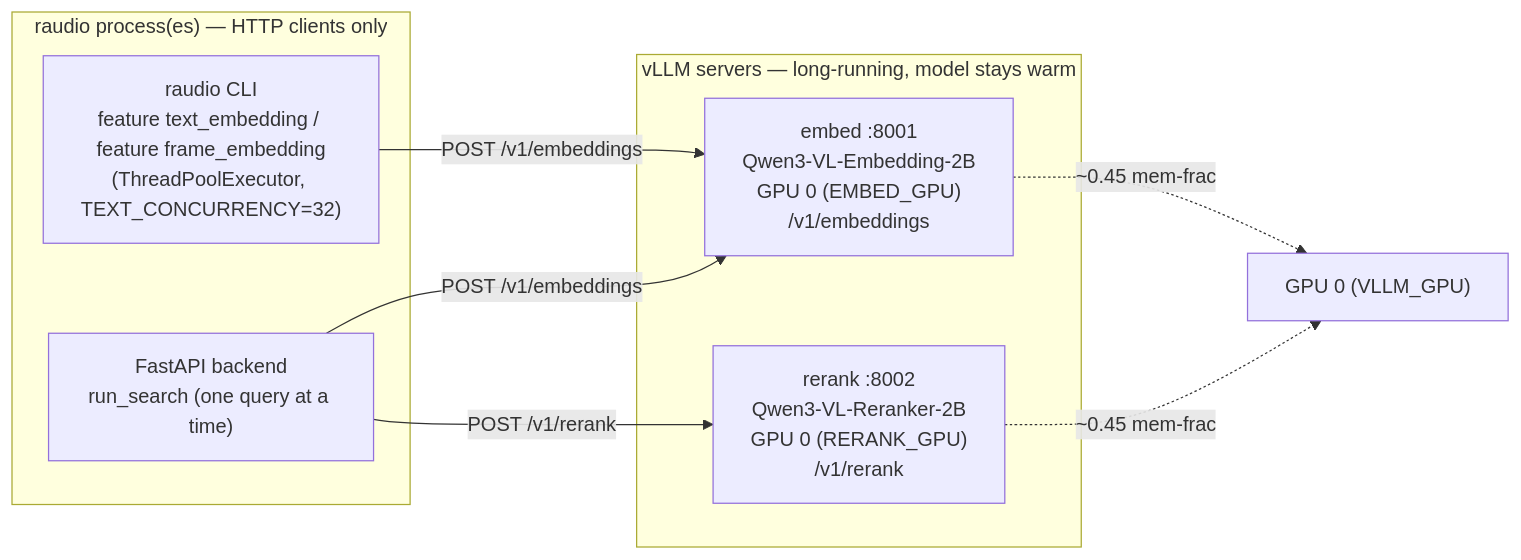
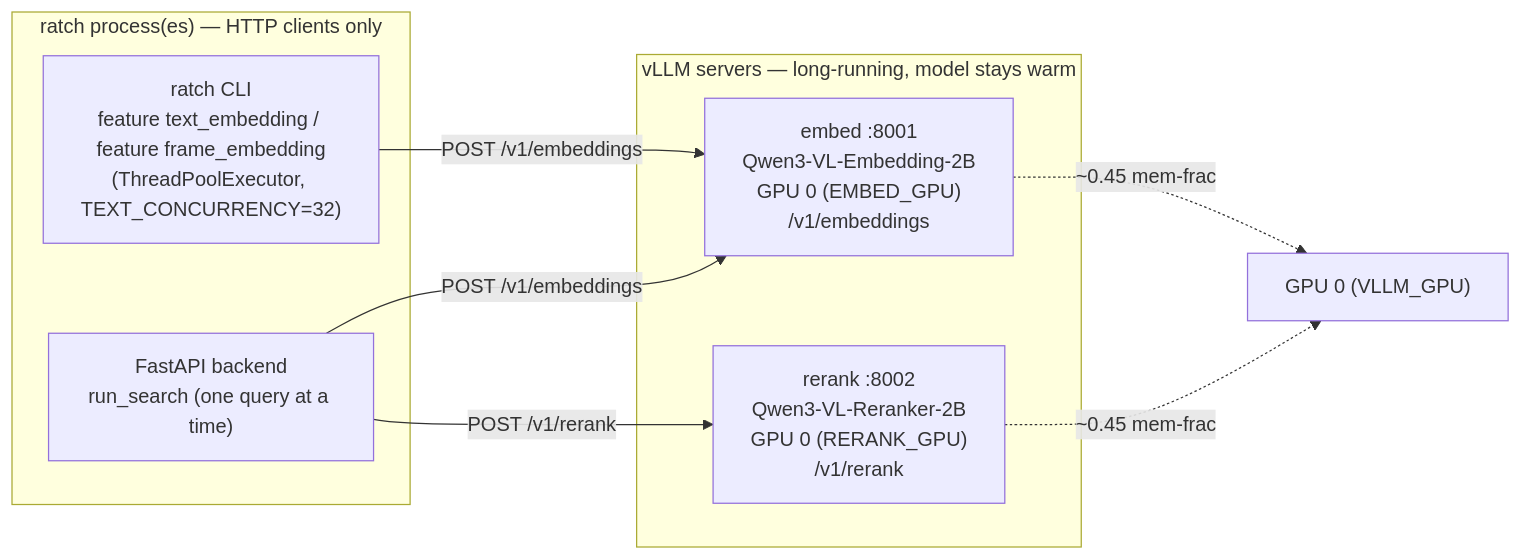
One commit to Borg93/lance-audio-demo changed the first of 5 diagrams in docs/EMBEDDINGS.md. Above: the diagram before and after it, drawn with Mermaid. The commit also changed other lines of this file and 191 other files, not shown here.

````diff
--- a/docs/EMBEDDINGS.md
+++ b/docs/EMBEDDINGS.md
@@ -76,19 +76,19 @@
 ```mermaid
 flowchart LR
-    subgraph clients["raudio process(es) — HTTP clients only"]
-        CLI["raudio CLI<br/>feature text_embedding / feature frame_embedding<br/>(ThreadPoolExecutor, TEXT_CONCURRENCY=32)"]
+    subgraph clients["ratch process(es) — HTTP clients only"]
+        CLI["ratch CLI<br/>feature text_embedding / feature frame_embedding<br/>(ThreadPoolExecutor, TEXT_CONCURRENCY=32)"]
         API["FastAPI backend<br/>run_search (one query at a time)"]
     end
 
     subgraph servers["vLLM servers — long-running, model stays warm"]
         EMB["embed :8001<br/>Qwen3-VL-Embedding-2B<br/>GPU 0 (EMBED_GPU)<br/>/v1/embeddings"]
         RER["rerank :8002<br/>Qwen3-VL-Reranker-2B<br/>GPU 0 (RERANK_GPU)<br/>/v1/rerank"]
     end
 
     CLI -->|"POST /v1/embeddings"| EMB
     API -->|"POST /v1/embeddings"| EMB
     API -->|"POST /v1/rerank"| RER
 
     EMB -.->|"~0.45 mem-frac"| GPU0["GPU 0 (VLLM_GPU)"]
     RER -.->|"~0.45 mem-frac"| GPU0
 ```
````
